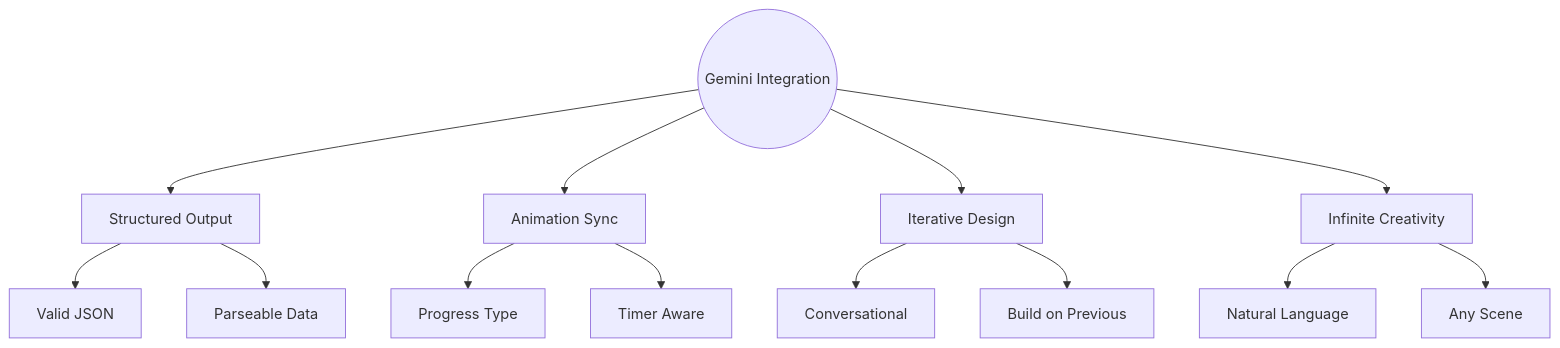
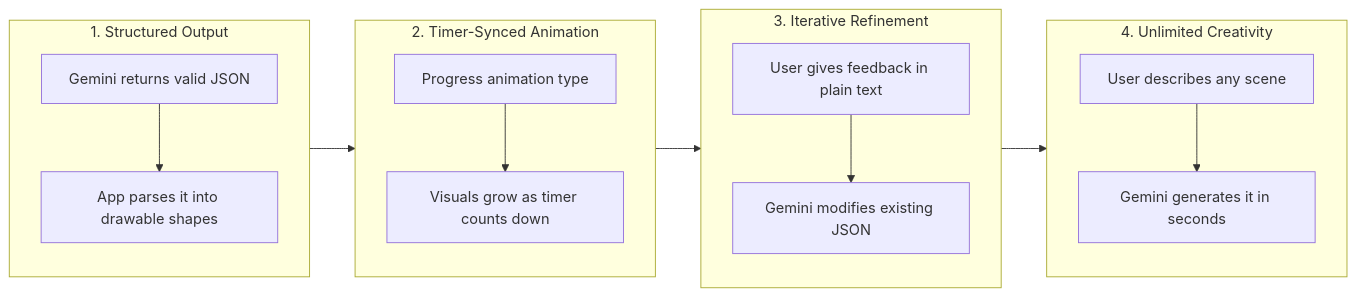
One commit to muhammedashharps/stickman changed the sixth of 6 diagrams in GEMINI_INTEGRATION.md. Above: the diagram before and after it, drawn with Mermaid. The commit also changed other lines of this file, not shown here.

````diff
--- a/GEMINI_INTEGRATION.md
+++ b/GEMINI_INTEGRATION.md
@@ -463,19 +434,20 @@
 ```mermaid
-graph TD
-    Root((Gemini Integration)) --> A[Structured Output]
-    Root --> B[Animation Sync]
-    Root --> C[Iterative Design]
-    Root --> D[Infinite Creativity]
-    
-    A --> A1[Valid JSON]
-    A --> A2[Parseable Data]
-    
-    B --> B1[Progress Type]
-    B --> B2[Timer Aware]
-    
-    C --> C1[Conversational]
-    C --> C2[Build on Previous]
-    
-    D --> D1[Natural Language]
-    D --> D2[Any Scene]
+graph LR
+    subgraph A [1. Structured Output]
+        A1[Gemini returns valid JSON] --> A2[App parses it into drawable shapes]
+    end
+
+    subgraph B [2. Timer-Synced Animation]
+        B1[Progress animation type] --> B2[Visuals grow as timer counts down]
+    end
+
+    subgraph C [3. Iterative Refinement]
+        C1[User gives feedback in plain text] --> C2[Gemini modifies existing JSON]
+    end
+
+    subgraph D [4. Unlimited Creativity]
+        D1[User describes any scene] --> D2[Gemini generates it in seconds]
+    end
+
+    A --> B --> C --> D
 ```
````
